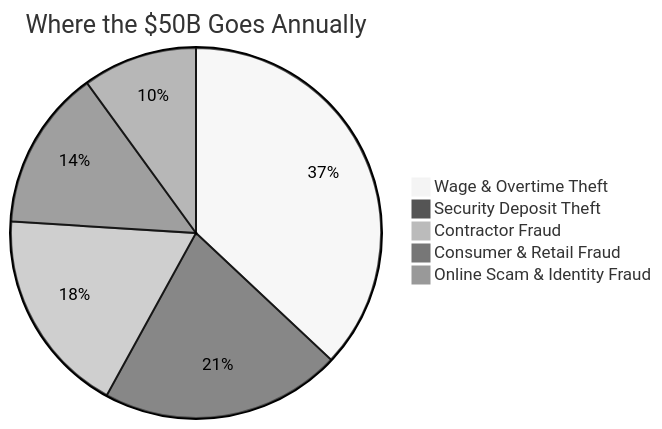
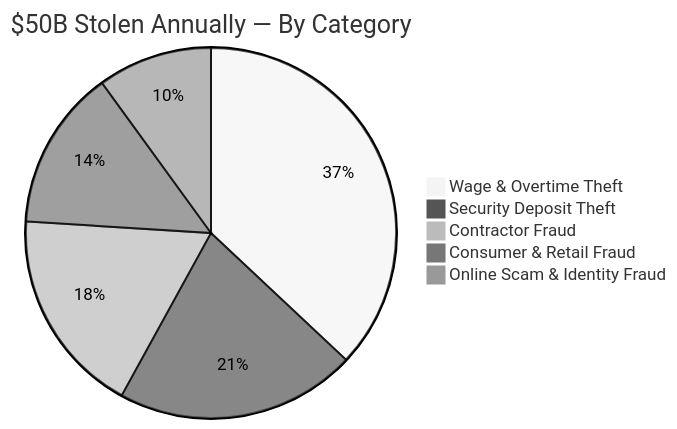
Before and after one commit to Iceman-Dann/Evidence-Locker: the first of 13 diagrams in README.md, drawn with Mermaid (neutral theme). The commit also changed other lines of this file, not shown here.

````diff
--- a/README.md
+++ b/README.md
@@ -57,8 +59,8 @@
 ```mermaid
-pie title Where the $50B Goes Annually
+pie title $50B Stolen Annually — By Category
     "Wage & Overtime Theft" : 37
     "Security Deposit Theft" : 21
     "Contractor Fraud" : 18
     "Consumer & Retail Fraud" : 14
     "Online Scam & Identity Fraud" : 10
 ```
````
